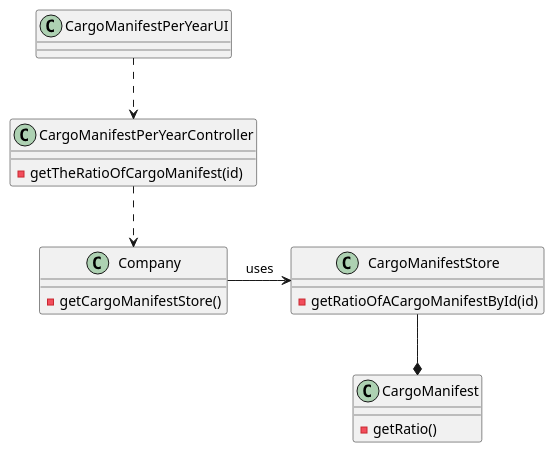
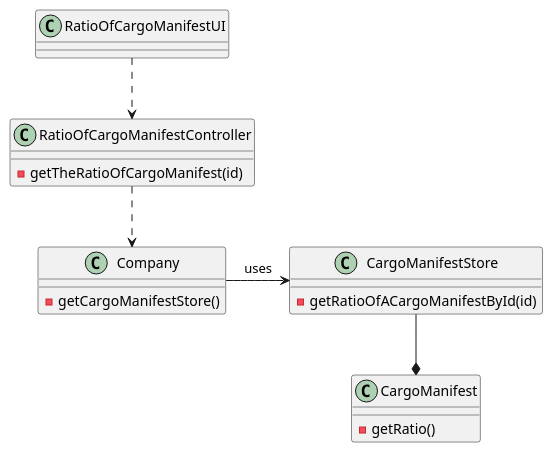
Before and after one commit to 0franciscor/lapr3-2021-g042: the diagram in docs/US208/CD_US208.puml, drawn with PlantUML. The commit also changed 147 other files, not shown here.

Commit message:
G42-127 #time 1h #comment Adding the SD diagram and the Class Diagram of US209

```diff
--- a/docs/US208/CD_US208.puml
+++ b/docs/US208/CD_US208.puml
@@ -1,29 +1,29 @@
 @startuml
 'https://plantuml.com/sequence-diagram
 
-class CargoManifestPerYearUI{}
+class RatioOfCargoManifestUI{}
 
-class CargoManifestPerYearController{
+class RatioOfCargoManifestController{
 -getTheRatioOfCargoManifest(id)
 }
 
 class Company{
 -getCargoManifestStore()
 }
 
 class CargoManifestStore{
 -getRatioOfACargoManifestById(id)
 }
 
 class CargoManifest{
 -getRatio()
 }
 
-CargoManifestPerYearUI ..> CargoManifestPerYearController
+RatioOfCargoManifestUI ..> RatioOfCargoManifestController
 
-CargoManifestPerYearController ..> Company
+RatioOfCargoManifestController ..> Company
 
 Company -> CargoManifestStore : uses
 
-CargoManifestStore --* CargoManifest 
+CargoManifestStore --* CargoManifest
 @enduml
```
